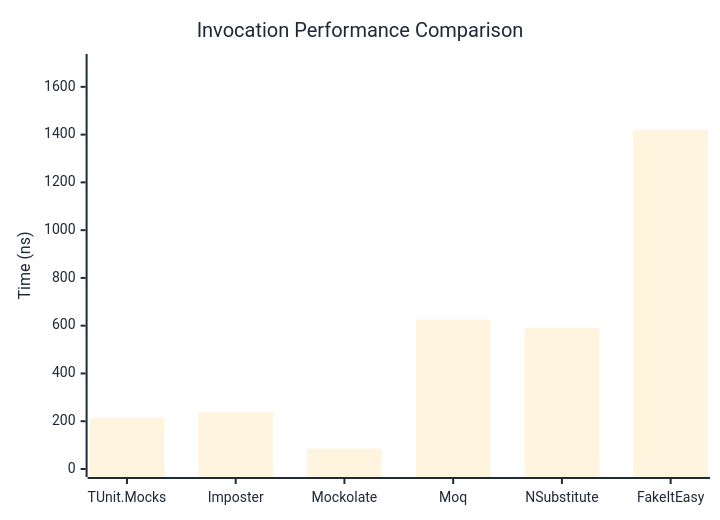
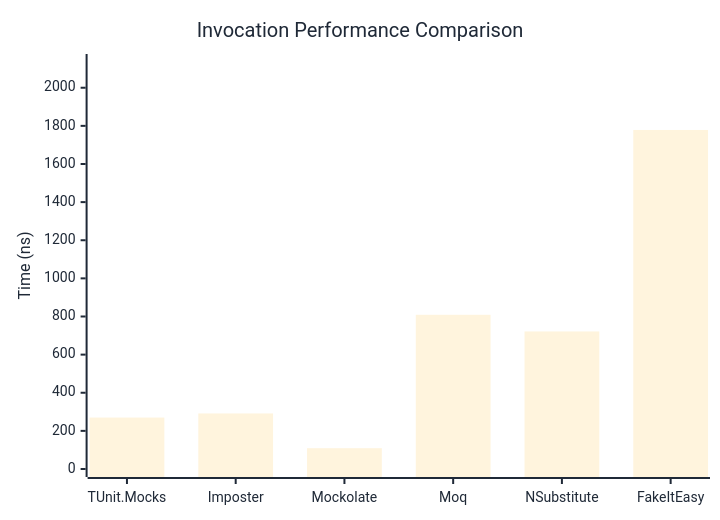
One commit to thomhurst/TUnit changed the first of 3 diagrams in docs/docs/benchmarks/mocks/Invocation.md. Above: the diagram before and after it, drawn with Mermaid. The commit also changed other lines of this file and 14 other files, not shown here.

````diff
--- a/docs/docs/benchmarks/mocks/Invocation.md
+++ b/docs/docs/benchmarks/mocks/Invocation.md
@@ -30,27 +30,27 @@
 ```mermaid
 %%{init: {
   'theme':'base',
   'themeVariables': {
     'primaryColor': '#2563eb',
     'primaryTextColor': '#1f2937',
     'primaryBorderColor': '#1e40af',
     'lineColor': '#6b7280',
     'secondaryColor': '#7c3aed',
     'tertiaryColor': '#dc2626',
     'background': '#ffffff',
     'pie1': '#2563eb',
     'pie2': '#7c3aed',
     'pie3': '#dc2626',
     'pie4': '#f59e0b',
     'pie5': '#10b981',
     'pie6': '#06b6d4',
     'pie7': '#ec4899',
     'pie8': '#6366f1'
   }
 }}%%
 xychart-beta
   title "Invocation Performance Comparison"
   x-axis ["TUnit.Mocks", "Imposter", "Mockolate", "Moq", "NSubstitute", "FakeItEasy"]
-  y-axis "Time (ns)" 0 --> 1704
-  bar [214.65, 237.29, 85.35, 626.15, 591.03, 1419.22]
+  y-axis "Time (ns)" 0 --> 2135
+  bar [269.8, 291.4, 109.2, 808.9, 721.6, 1778.5]
 ```
````
